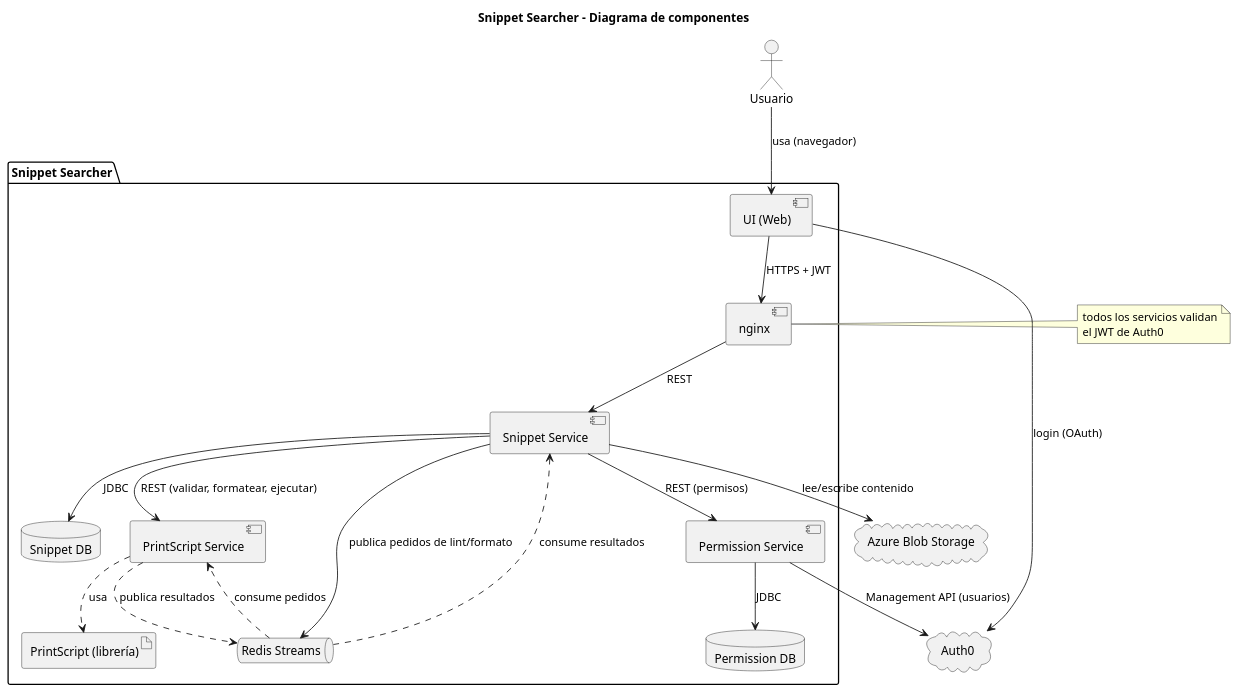
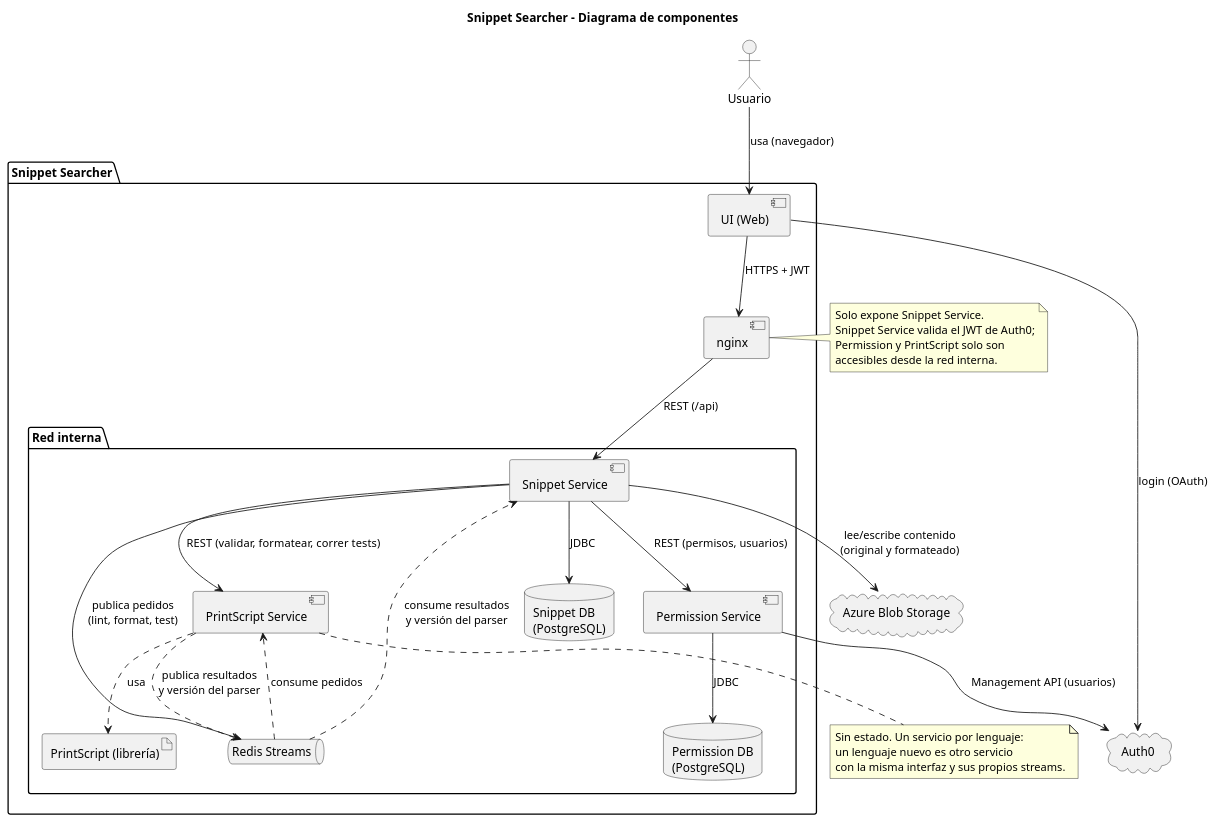
The diagram in docs/components/components.puml (ing-sis-grupo10/snippet-searcher-infra), drawn with PlantUML before and after one commit. The commit also changed 13 other files, not shown here.

```diff
--- a/docs/components/components.puml
+++ b/docs/components/components.puml
@@ -1,53 +1,66 @@
 @startuml components
 title Snippet Searcher - Diagrama de componentes
 
 actor "Usuario" as user
 
 cloud "Auth0" as auth0
 cloud "Azure Blob Storage" as assets
 
 package "Snippet Searcher" {
     component "UI (Web)" as ui
 
     component "nginx" as nginx
 
-    component "Snippet Service" as snippet
-    database "Snippet DB" as sdb
+    package "Red interna" {
+        component "Snippet Service" as snippet
+        database "Snippet DB\n(PostgreSQL)" as sdb
 
-    component "Permission Service" as perm
-    database "Permission DB" as pdb
+        component "Permission Service" as perm
+        database "Permission DB\n(PostgreSQL)" as pdb
 
-    component "PrintScript Service" as runner
-    artifact "PrintScript (librería)" as pslib
+        component "PrintScript Service" as runner
+        artifact "PrintScript (librería)" as pslib
 
-    queue "Redis Streams" as redis
+        queue "Redis Streams" as redis
+    }
 }
 
 ' Entrada del usuario
 user --> ui : usa (navegador)
 ui --> auth0 : login (OAuth)
 ui --> nginx : HTTPS + JWT
-nginx --> snippet : REST
+nginx --> snippet : REST (/api)
 
 ' Snippet Service
 snippet --> sdb : JDBC
-snippet --> assets : lee/escribe contenido
-snippet --> perm : REST (permisos)
-snippet --> runner : REST (validar, formatear, ejecutar)
-snippet --> redis : publica pedidos de lint/formato
+snippet --> assets : lee/escribe contenido\n(original y formateado)
+snippet --> perm : REST (permisos, usuarios)
+snippet --> runner : REST (validar, formatear, correr tests)
+snippet --> redis : publica pedidos\n(lint, format, test)
 
 ' Procesamiento asincrónico
 redis ..> runner : consume pedidos
-runner ..> redis : publica resultados
-redis ..> snippet : consume resultados
+runner ..> redis : publica resultados\ny versión del parser
+redis ..> snippet : consume resultados\ny versión del parser
 
 ' Permission Service
 perm --> pdb : JDBC
 perm --> auth0 : Management API (usuarios)
 
 ' PrintScript Service
 runner ..> pslib : usa
 
-note right of nginx : todos los servicios validan\nel JWT de Auth0
+note right of nginx
+  Solo expone Snippet Service.
+  Snippet Service valida el JWT de Auth0;
+  Permission y PrintScript solo son
+  accesibles desde la red interna.
+end note
+
+note bottom of runner
+  Sin estado. Un servicio por lenguaje:
+  un lenguaje nuevo es otro servicio
+  con la misma interfaz y sus propios streams.
+end note
 
 @enduml
```
